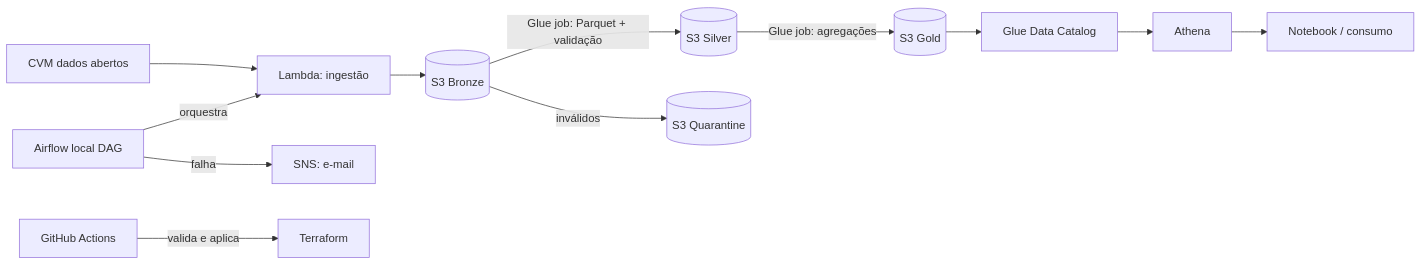
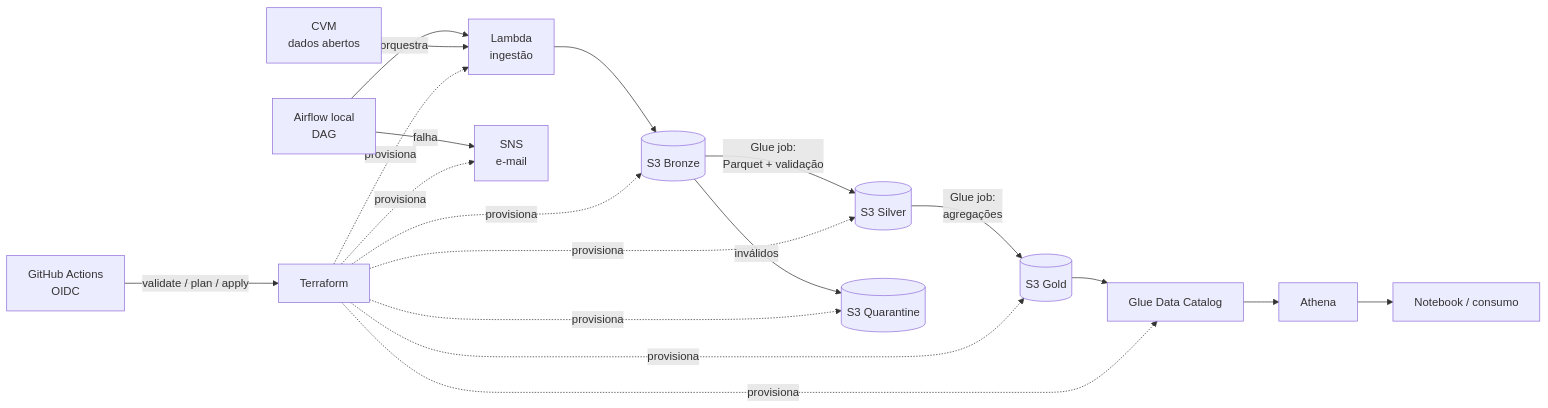
The diagram in README.md (thalesreiser/aws-fundos-pipeline), drawn with Mermaid before and after one commit. The commit also changed other lines of this file and 2 other files, not shown here.

````diff
--- a/README.md
+++ b/README.md
@@ -11,12 +30,13 @@
 ```mermaid
 flowchart LR
-  AF[Airflow local DAG] -->|orquestra| L[Lambda: ingestão]
-  CVM[CVM dados abertos] --> L
+  AF[Airflow local<br/>DAG] -->|orquestra| L[Lambda<br/>ingestão]
+  CVM[CVM<br/>dados abertos] --> L
   L --> B[(S3 Bronze)]
-  B -->|Glue job: Parquet + validação| S[(S3 Silver)]
+  B -->|Glue job:<br/>Parquet + validação| S[(S3 Silver)]
   B -->|inválidos| Q[(S3 Quarantine)]
-  S -->|Glue job: agregações| G[(S3 Gold)]
+  S -->|Glue job:<br/>agregações| G[(S3 Gold)]
   G --> C[Glue Data Catalog] --> A[Athena] --> N[Notebook / consumo]
-  AF -->|falha| SNS[SNS: e-mail]
-  GH[GitHub Actions] -->|valida e aplica| TF[Terraform]
+  AF -->|falha| SNS[SNS<br/>e-mail]
+  GH[GitHub Actions<br/>OIDC] -->|validate / plan / apply| TF[Terraform]
+  TF -.->|provisiona| B & S & G & Q & L & C & SNS
 ```
````
